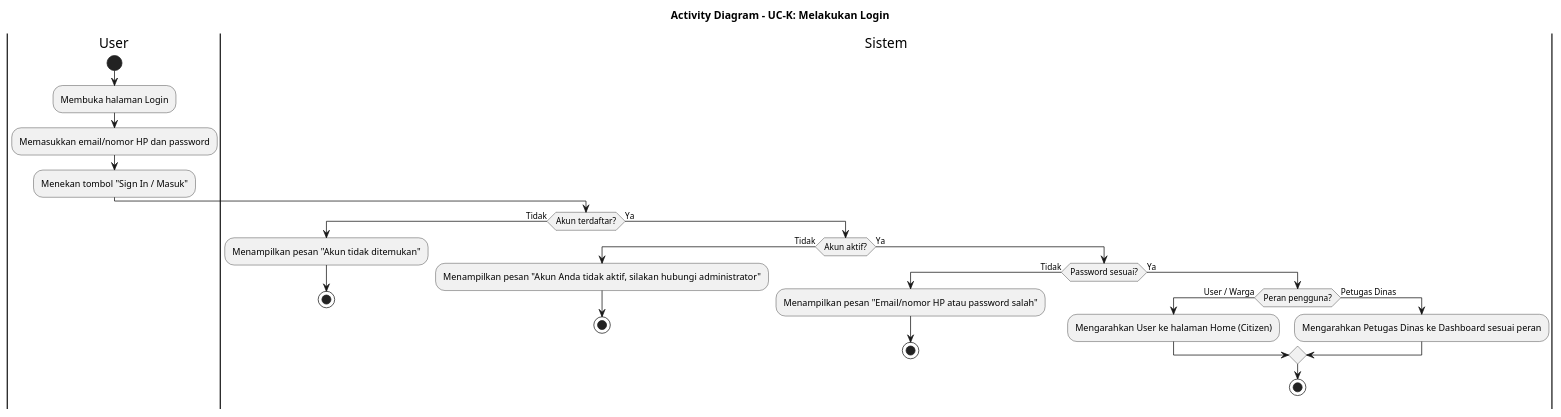
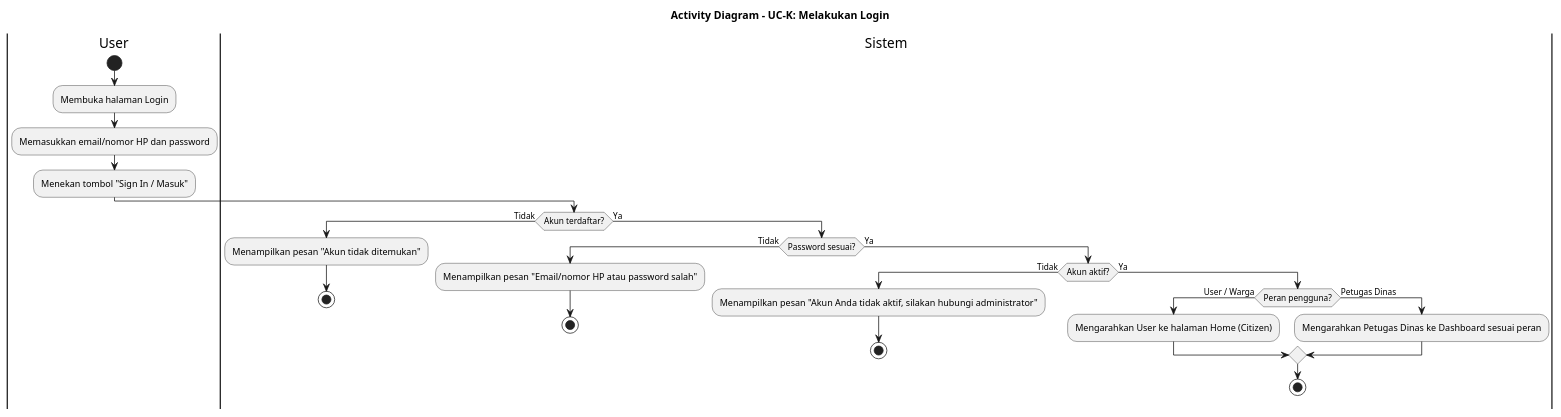
The diagram in docs/activity_diagrams/uc_k_login.puml (AgilePemdigi-2026/SCMS-AI-PPL-PRAK), drawn with PlantUML before and after one commit. The commit also changed 10 other files, not shown here.

Commit message:
docs: lengkapi dokumentasi Sprint 2 (UC-L, model v4, diagram UC-K)

```diff
--- a/docs/activity_diagrams/uc_k_login.puml
+++ b/docs/activity_diagrams/uc_k_login.puml
@@ -1,32 +1,32 @@
 @startuml
 title Activity Diagram - UC-K: Melakukan Login
 
 |User|
 start
 :Membuka halaman Login;
 :Memasukkan email/nomor HP dan password;
 :Menekan tombol "Sign In / Masuk";
 
 |Sistem|
 if (Akun terdaftar?) then (Tidak)
   :Menampilkan pesan "Akun tidak ditemukan";
   stop
 else (Ya)
-  if (Akun aktif?) then (Tidak)
-    :Menampilkan pesan "Akun Anda tidak aktif, silakan hubungi administrator";
+  if (Password sesuai?) then (Tidak)
+    :Menampilkan pesan "Email/nomor HP atau password salah";
     stop
   else (Ya)
-    if (Password sesuai?) then (Tidak)
-      :Menampilkan pesan "Email/nomor HP atau password salah";
+    if (Akun aktif?) then (Tidak)
+      :Menampilkan pesan "Akun Anda tidak aktif, silakan hubungi administrator";
       stop
     else (Ya)
       if (Peran pengguna?) then (User / Warga)
         :Mengarahkan User ke halaman Home (Citizen);
       else (Petugas Dinas)
         :Mengarahkan Petugas Dinas ke Dashboard sesuai peran;
       endif
       stop
     endif
   endif
 endif
 @enduml
```
